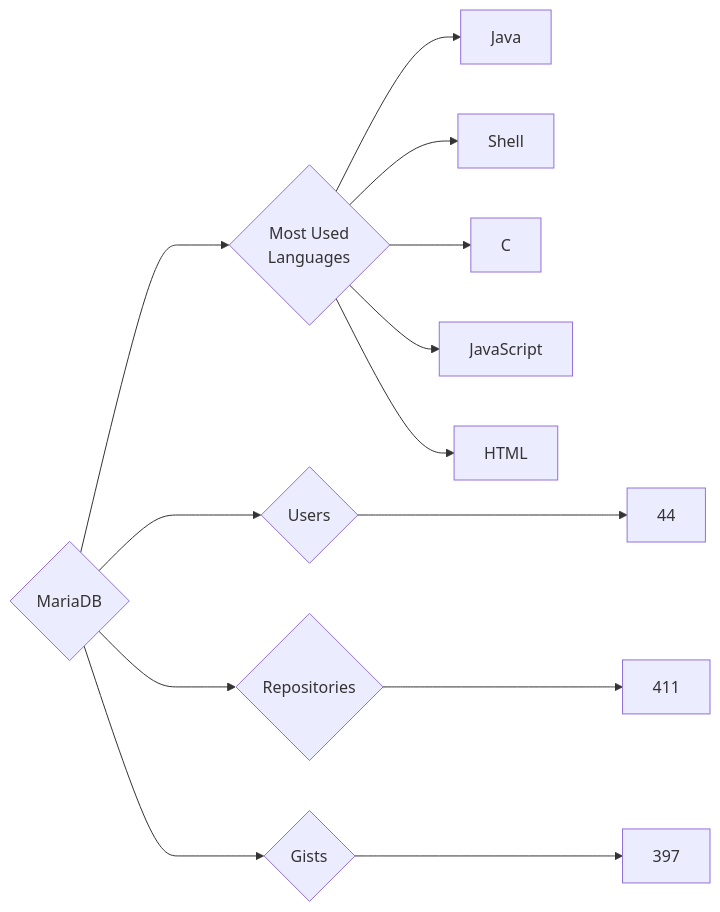
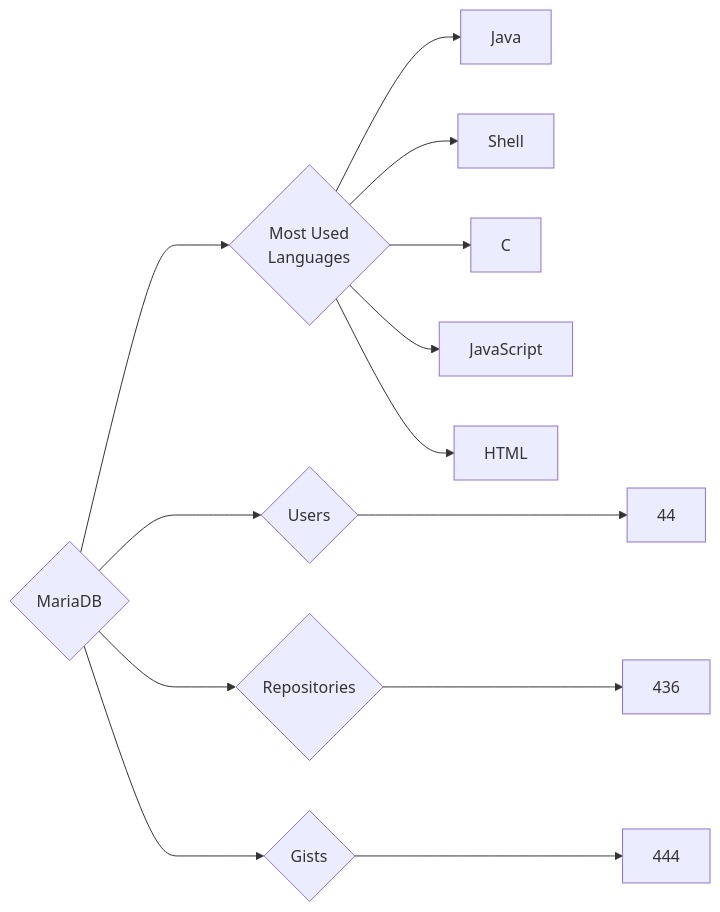
Before and after one commit to trickest/insiders: the diagram in targets/MariaDB/README.md, drawn with Mermaid. The commit also changed 833 other files, not shown here.

````diff
--- a/targets/MariaDB/README.md
+++ b/targets/MariaDB/README.md
@@ -3,13 +3,13 @@
 ```mermaid
 graph LR
 COMPANY_NAME{MariaDB}
 COMPANY_NAME ---> U{Users} ---> UN[44]
-COMPANY_NAME ---> R{Repositories} ---> RN[411]
-COMPANY_NAME ---> G{Gists} ---> GN[397]
+COMPANY_NAME ---> R{Repositories} ---> RN[436]
+COMPANY_NAME ---> G{Gists} ---> GN[444]
 COMPANY_NAME ---> ML{Most Used<br>Languages}
 ML --> Java[Java]
 ML --> Shell[Shell]
 ML --> C[C]
 ML --> JavaScript[JavaScript]
 ML --> HTML[HTML]
 ```
````
